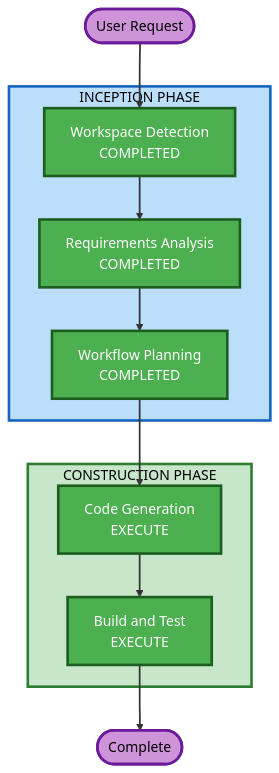
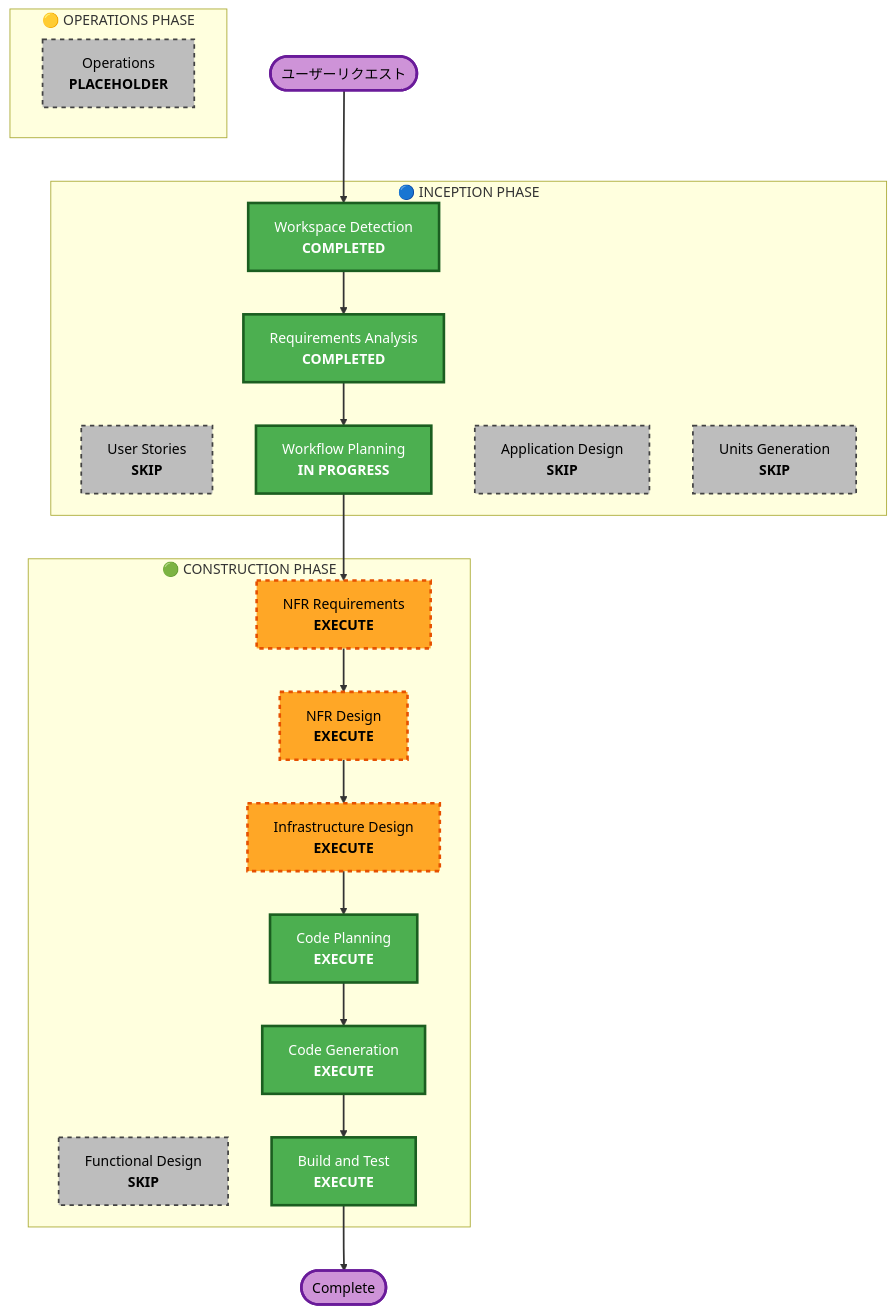
Before and after one commit to fsatsuki/sample-ai-sales-roleplay: the diagram in aidlc-docs/inception/plans/execution-plan.md, drawn with Mermaid. The commit also changed other lines of this file and 16 other files, not shown here.

Commit message:
Nova 2 Sonic移行: AI-DLC設計フェーズ完了（NFR Requirements/Design/Infrastructure Design + Code Generation Plan）

````diff
--- a/aidlc-docs/inception/plans/execution-plan.md
+++ b/aidlc-docs/inception/plans/execution-plan.md
@@ -19,34 +38,57 @@
 ```mermaid
 flowchart TD
-    Start(["User Request"])
-    
-    subgraph INCEPTION["INCEPTION PHASE"]
-        WD["Workspace Detection<br/>COMPLETED"]
-        RA["Requirements Analysis<br/>COMPLETED"]
-        WP["Workflow Planning<br/>COMPLETED"]
+    Start(["ユーザーリクエスト"])
+
+    subgraph INCEPTION["🔵 INCEPTION PHASE"]
+        WD["Workspace Detection<br/><b>COMPLETED</b>"]
+        RA["Requirements Analysis<br/><b>COMPLETED</b>"]
+        US["User Stories<br/><b>SKIP</b>"]
+        WP["Workflow Planning<br/><b>IN PROGRESS</b>"]
+        AD["Application Design<br/><b>SKIP</b>"]
+        UG["Units Generation<br/><b>SKIP</b>"]
     end
-    
-    subgraph CONSTRUCTION["CONSTRUCTION PHASE"]
-        CG["Code Generation<br/>EXECUTE"]
-        BT["Build and Test<br/>EXECUTE"]
+
+    subgraph CONSTRUCTION["🟢 CONSTRUCTION PHASE"]
+        NFRA["NFR Requirements<br/><b>EXECUTE</b>"]
+        NFRD["NFR Design<br/><b>EXECUTE</b>"]
+        ID["Infrastructure Design<br/><b>EXECUTE</b>"]
+        FD["Functional Design<br/><b>SKIP</b>"]
+        CP["Code Planning<br/><b>EXECUTE</b>"]
+        CG["Code Generation<br/><b>EXECUTE</b>"]
+        BT["Build and Test<br/><b>EXECUTE</b>"]
     end
-    
+
+    subgraph OPERATIONS["🟡 OPERATIONS PHASE"]
+        OPS["Operations<br/><b>PLACEHOLDER</b>"]
+    end
+
     Start --> WD
     WD --> RA
     RA --> WP
-    WP --> CG
+    WP --> NFRA
+    NFRA --> NFRD
+    NFRD --> ID
+    ID --> CP
+    CP --> CG
     CG --> BT
     BT --> End(["Complete"])
-    
+
     style WD fill:#4CAF50,stroke:#1B5E20,stroke-width:3px,color:#fff
     style RA fill:#4CAF50,stroke:#1B5E20,stroke-width:3px,color:#fff
     style WP fill:#4CAF50,stroke:#1B5E20,stroke-width:3px,color:#fff
+    style US fill:#BDBDBD,stroke:#424242,stroke-width:2px,stroke-dasharray: 5 5,color:#000
+    style AD fill:#BDBDBD,stroke:#424242,stroke-width:2px,stroke-dasharray: 5 5,color:#000
+    style UG fill:#BDBDBD,stroke:#424242,stroke-width:2px,stroke-dasharray: 5 5,color:#000
+    style FD fill:#BDBDBD,stroke:#424242,stroke-width:2px,stroke-dasharray: 5 5,color:#000
+    style NFRA fill:#FFA726,stroke:#E65100,stroke-width:3px,stroke-dasharray: 5 5,color:#000
+    style NFRD fill:#FFA726,stroke:#E65100,stroke-width:3px,stroke-dasharray: 5 5,color:#000
+    style ID fill:#FFA726,stroke:#E65100,stroke-width:3px,stroke-dasharray: 5 5,color:#000
+    style CP fill:#4CAF50,stroke:#1B5E20,stroke-width:3px,color:#fff
     style CG fill:#4CAF50,stroke:#1B5E20,stroke-width:3px,color:#fff
     style BT fill:#4CAF50,stroke:#1B5E20,stroke-width:3px,color:#fff
+    style OPS fill:#BDBDBD,stroke:#424242,stroke-width:2px,stroke-dasharray: 5 5,color:#000
     style Start fill:#CE93D8,stroke:#6A1B9A,stroke-width:3px,color:#000
     style End fill:#CE93D8,stroke:#6A1B9A,stroke-width:3px,color:#000
-    style INCEPTION fill:#BBDEFB,stroke:#1565C0,stroke-width:3px,color:#000
-    style CONSTRUCTION fill:#C8E6C9,stroke:#2E7D32,stroke-width:3px,color:#000
-    
+
     linkStyle default stroke:#333,stroke-width:2px
 ```
````
